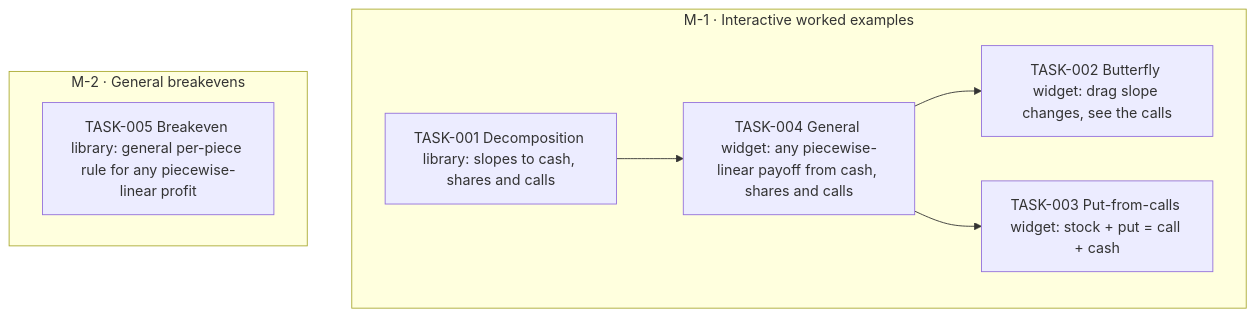
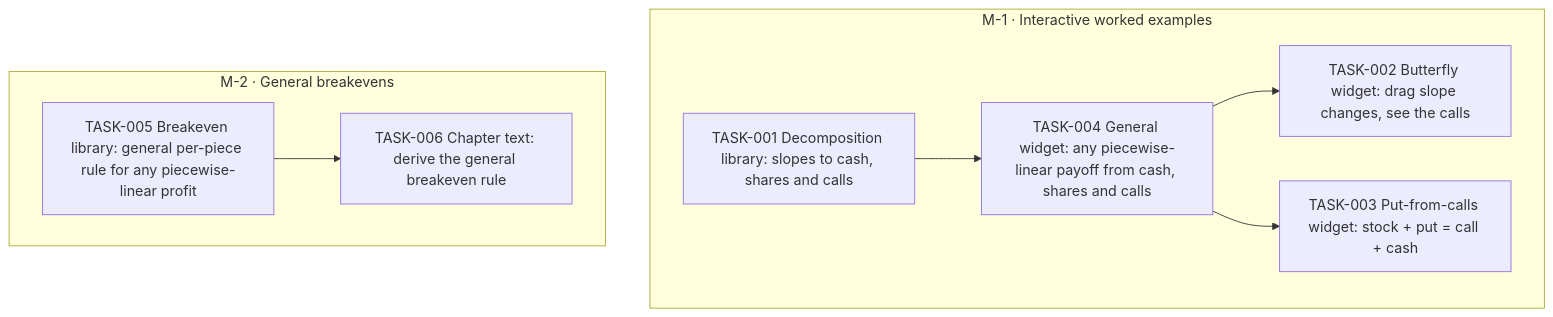
Before and after one commit to all-explained/options-explained: the diagram in goals/improve-viz/README.md, drawn with Mermaid. The commit also changed 1 other file, not shown here.

Commit message:
goal(improve-viz): add TASK-006 Chapter text: derive the general breakeven rule

````diff
--- a/goals/improve-viz/README.md
+++ b/goals/improve-viz/README.md
@@ -25,18 +25,20 @@
 ```mermaid
 flowchart TD
   subgraph M_1["M-1 · Interactive worked examples"]
     TASK_001["TASK-001 Decomposition library: slopes to cash, shares and calls"]
     TASK_002["TASK-002 Butterfly widget: drag slope changes, see the calls"]
     TASK_003["TASK-003 Put-from-calls widget: stock + put = call + cash"]
     TASK_004["TASK-004 General widget: any piecewise-linear payoff from cash, shares and calls"]
   end
   subgraph M_2["M-2 · General breakevens"]
     TASK_005["TASK-005 Breakeven library: general per-piece rule for any piecewise-linear profit"]
+    TASK_006["TASK-006 Chapter text: derive the general breakeven rule"]
   end
   TASK_004 --> TASK_002
   TASK_004 --> TASK_003
   TASK_001 --> TASK_004
+  TASK_005 --> TASK_006
   classDef draft stroke-dasharray: 4 3
   classDef cancelled opacity:0.45
   classDef decision fill:#f3e8ff,stroke:#7c3aed
 ```
````
